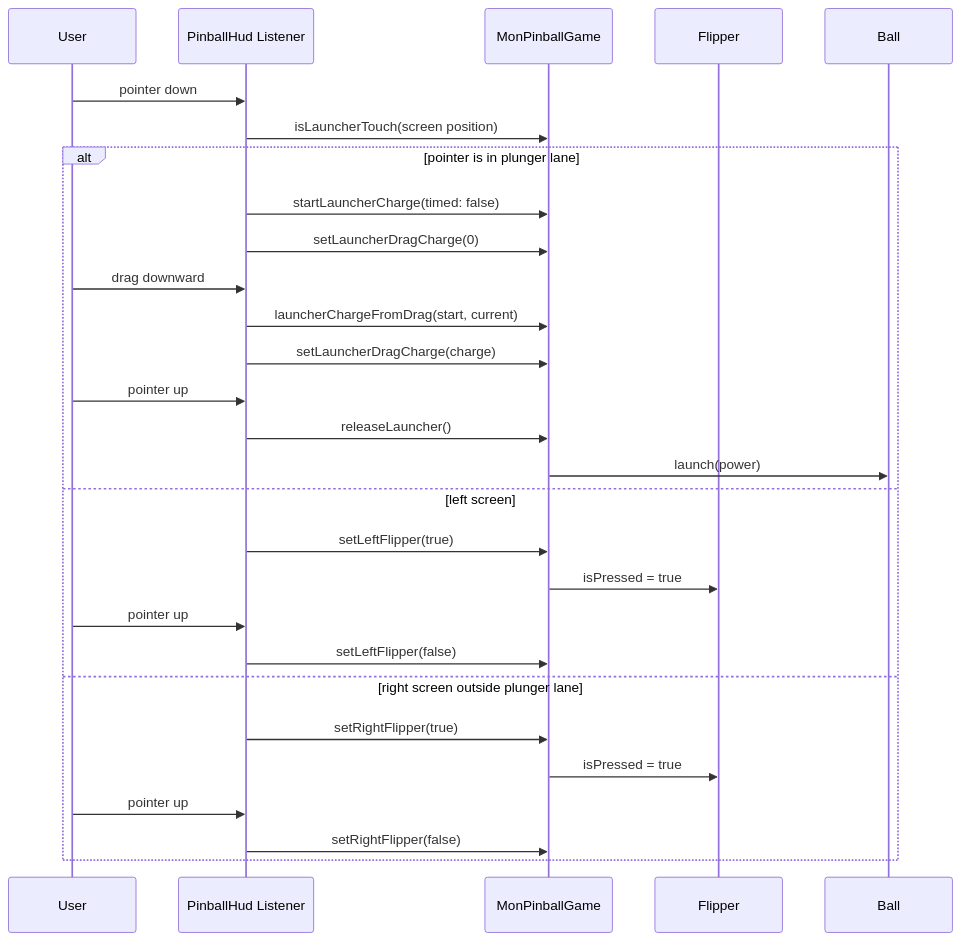
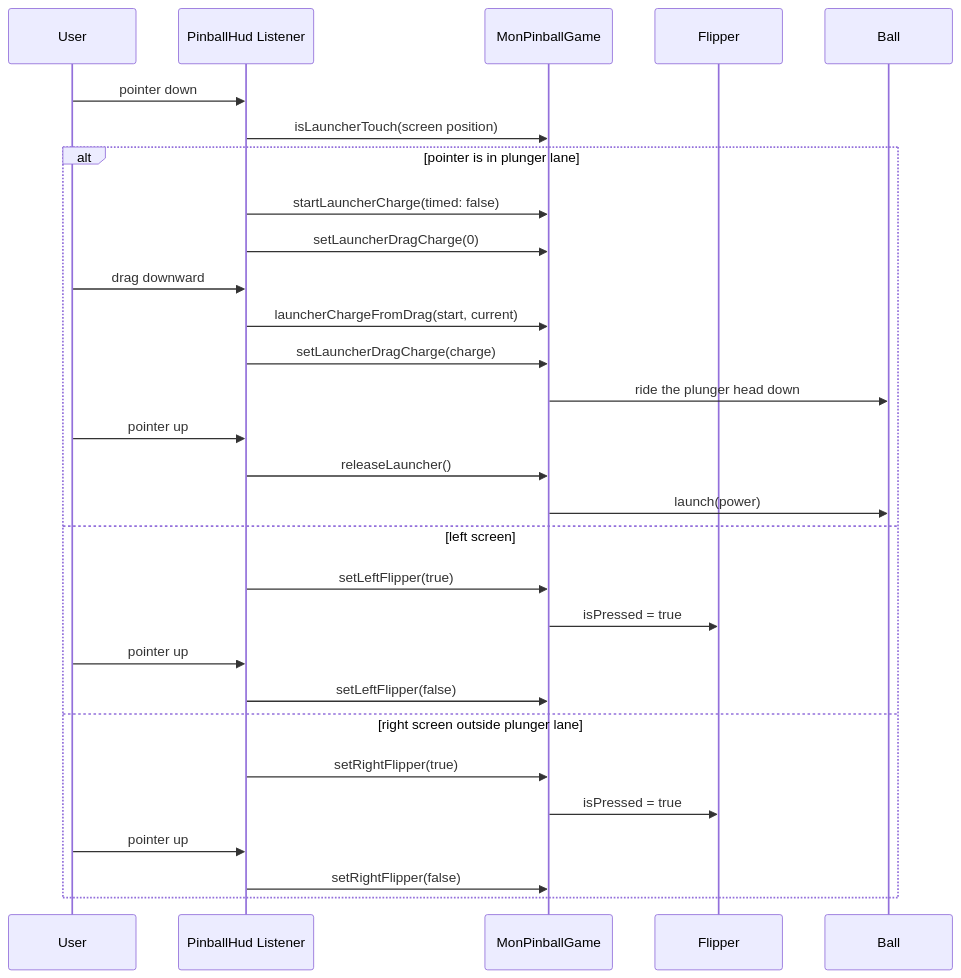
One commit to cassiadev/mon_pinball changed the third of 8 diagrams in README.ko.md. Above: the diagram before and after it, drawn with Mermaid. The commit also changed other lines of this file and 37 other files, not shown here.

````diff
--- a/README.ko.md
+++ b/README.ko.md
@@ -289,32 +425,33 @@
 ```mermaid
 sequenceDiagram
   participant User
   participant HUD as PinballHud Listener
   participant Game as MonPinballGame
   participant Flipper
   participant Ball
 
   User->>HUD: pointer down
   HUD->>Game: isLauncherTouch(screen position)
 
   alt pointer is in plunger lane
     HUD->>Game: startLauncherCharge(timed: false)
     HUD->>Game: setLauncherDragCharge(0)
     User->>HUD: drag downward
     HUD->>Game: launcherChargeFromDrag(start, current)
     HUD->>Game: setLauncherDragCharge(charge)
+    Game->>Ball: ride the plunger head down
     User->>HUD: pointer up
     HUD->>Game: releaseLauncher()
     Game->>Ball: launch(power)
   else left screen
     HUD->>Game: setLeftFlipper(true)
     Game->>Flipper: isPressed = true
     User->>HUD: pointer up
     HUD->>Game: setLeftFlipper(false)
   else right screen outside plunger lane
     HUD->>Game: setRightFlipper(true)
     Game->>Flipper: isPressed = true
     User->>HUD: pointer up
     HUD->>Game: setRightFlipper(false)
   end
 ```
````
